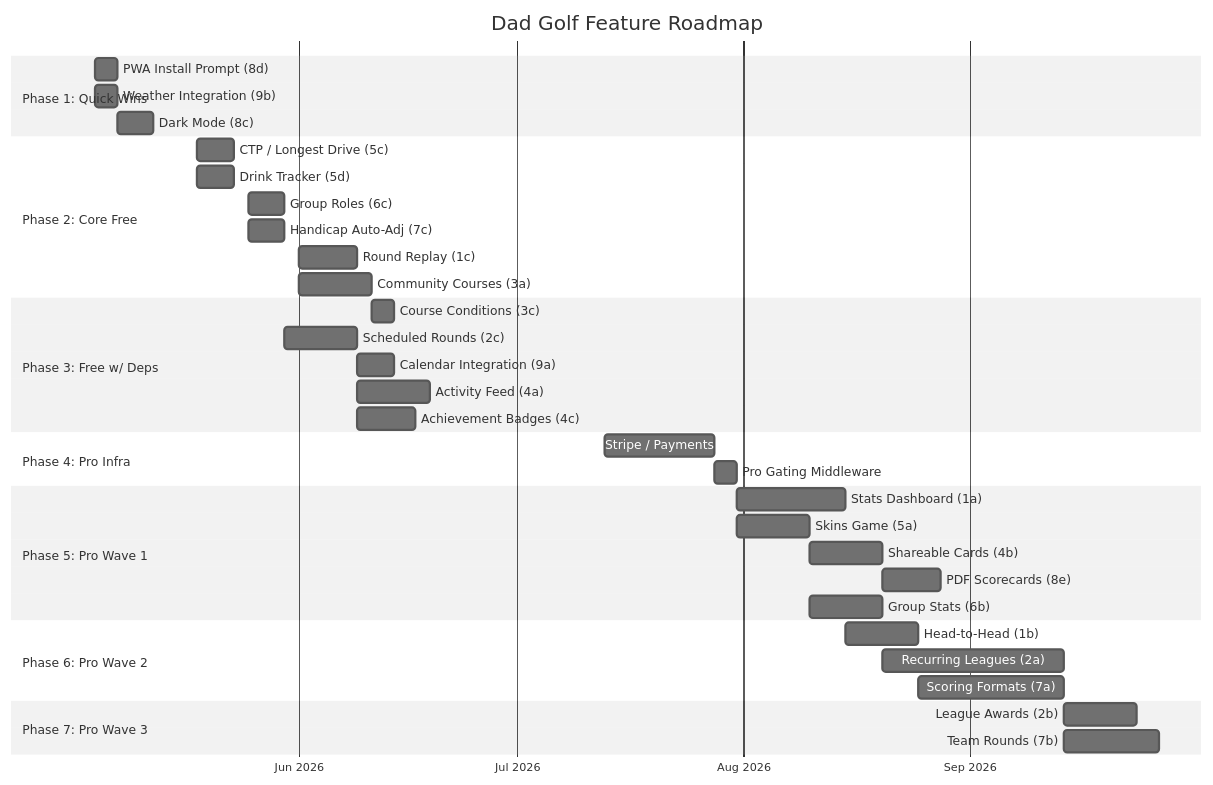
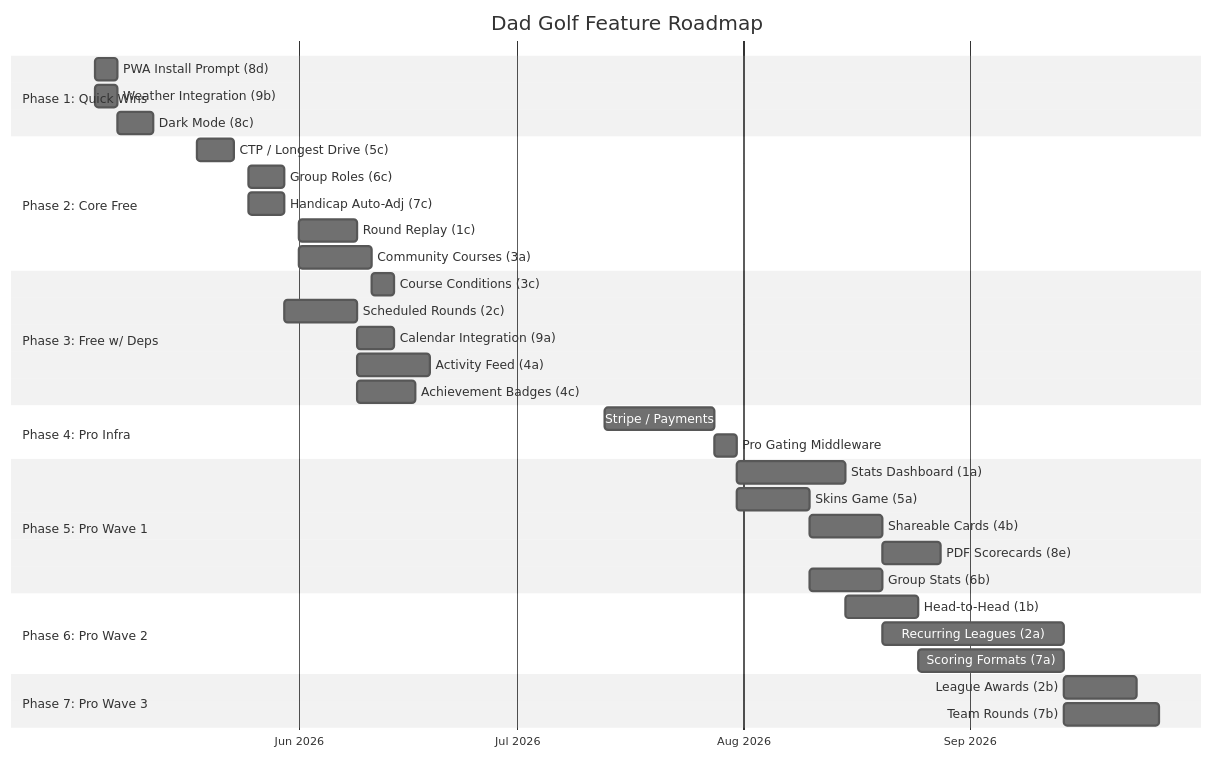
The second of 2 diagrams in docs/roadmap.md (Lachy-Dauth/dad-golf), drawn with Mermaid (neutral theme) before and after one commit. The commit also changed other lines of this file, not shown here.

Commit message:
Remove "Drink Tracker" feature from Phase 2 roadmap

````diff
--- a/docs/roadmap.md
+++ b/docs/roadmap.md
@@ -97,46 +96,45 @@
 ```mermaid
 gantt
     title Dad Golf Feature Roadmap
     dateFormat YYYY-MM-DD
     axisFormat %b %Y
 
     section Phase 1: Quick Wins
     PWA Install Prompt (8d)         :p1b, 2026-05-04, 3d
     Weather Integration (9b)        :p1c, 2026-05-04, 3d
     Dark Mode (8c)                  :p1d, 2026-05-07, 5d
 
     section Phase 2: Core Free
     CTP / Longest Drive (5c)        :p2b, 2026-05-18, 5d
-    Drink Tracker (5d)              :p2c, 2026-05-18, 5d
     Group Roles (6c)                :p2d, 2026-05-25, 5d
     Handicap Auto-Adj (7c)          :p2e, 2026-05-25, 5d
     Round Replay (1c)               :p2a, 2026-06-01, 8d
     Community Courses (3a)          :p2f, 2026-06-01, 10d
 
     section Phase 3: Free w/ Deps
     Course Conditions (3c)          :p3a, after p2f, 3d
     Scheduled Rounds (2c)           :p3b, after p2d, 10d
     Calendar Integration (9a)       :p3c, after p3b, 5d
     Activity Feed (4a)              :p3d, after p2a, 10d
     Achievement Badges (4c)         :p3e, after p2a, 8d
 
     section Phase 4: Pro Infra
     Stripe / Payments               :p4a, 2026-07-13, 15d
     Pro Gating Middleware            :p4b, after p4a, 3d
 
     section Phase 5: Pro Wave 1
     Stats Dashboard (1a)            :p5a, after p4b, 15d
     Skins Game (5a)                 :p5b, after p4b, 10d
     Shareable Cards (4b)            :p5c, after p5b, 10d
     PDF Scorecards (8e)             :p5d, after p5c, 8d
     Group Stats (6b)                :p5e, after p5b, 10d
 
     section Phase 6: Pro Wave 2
     Head-to-Head (1b)               :p6a, after p5a, 10d
     Recurring Leagues (2a)          :p6b, after p5e, 25d
     Scoring Formats (7a)            :p6c, after p6a, 20d
 
     section Phase 7: Pro Wave 3
     League Awards (2b)              :p7a, after p6b, 10d
     Team Rounds (7b)                :p7b, after p6c, 13d
 ```
````
